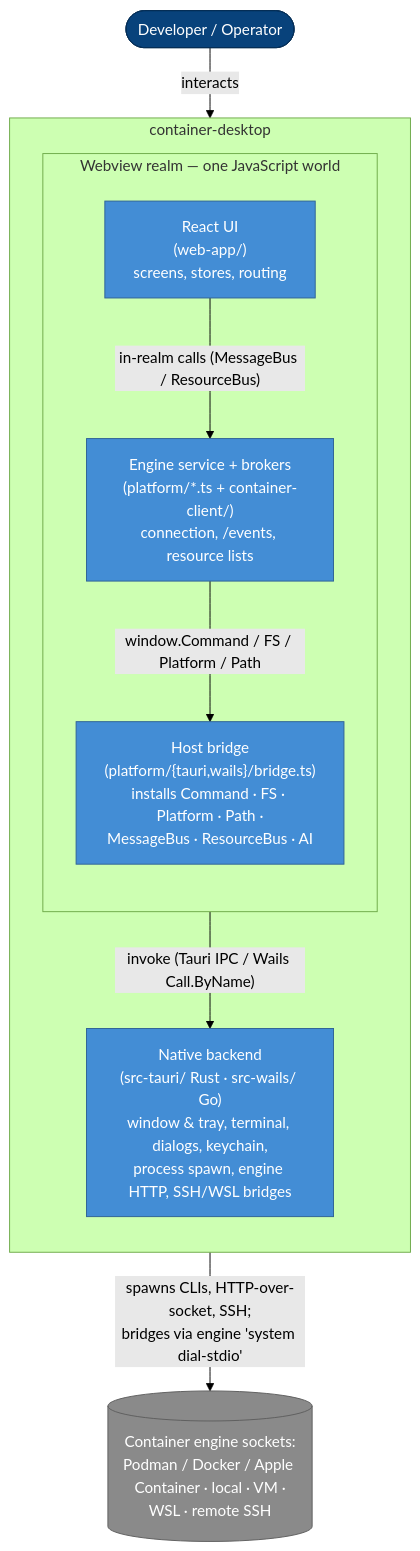
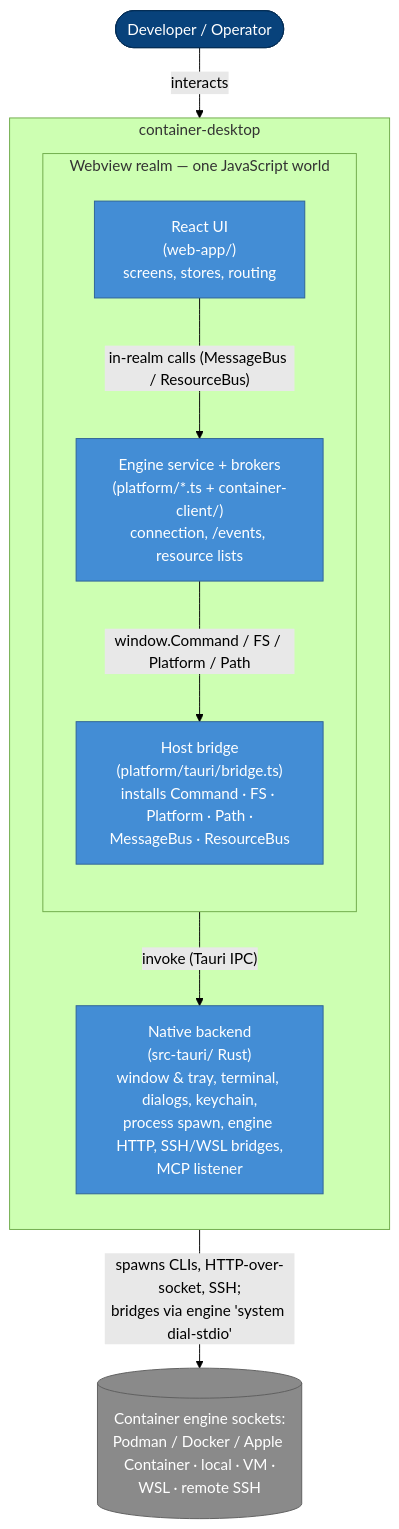
One commit to iongion/container-desktop changed the second of 2 diagrams in docs/architecture/overview.md. Above: the diagram before and after it, drawn with Mermaid (forest theme). The commit also changed other lines of this file and 34 other files, not shown here.

Commit message:
docs: an MCP server instead of the assistant; Tauri is the only shell

````diff
--- a/docs/architecture/overview.md
+++ b/docs/architecture/overview.md
@@ -59,29 +58,29 @@
 ```mermaid
 flowchart TB
   dev([Developer / Operator]):::person
 
   subgraph app[container-desktop]
     direction TB
 
     subgraph realm[Webview realm — one JavaScript world]
       direction TB
       web["React UI<br/>(web-app/)<br/>screens, stores, routing"]:::container
       svc["Engine service + brokers<br/>(platform/*.ts + container-client/)<br/>connection, /events, resource lists"]:::container
-      bridge["Host bridge<br/>(platform/{tauri,wails}/bridge.ts)<br/>installs Command · FS · Platform · Path ·<br/>MessageBus · ResourceBus · AI"]:::container
+      bridge["Host bridge<br/>(platform/tauri/bridge.ts)<br/>installs Command · FS · Platform · Path ·<br/>MessageBus · ResourceBus"]:::container
     end
 
-    native["Native backend<br/>(src-tauri/ Rust · src-wails/ Go)<br/>window &amp; tray, terminal, dialogs, keychain,<br/>process spawn, engine HTTP, SSH/WSL bridges"]:::container
+    native["Native backend<br/>(src-tauri/ Rust)<br/>window &amp; tray, terminal, dialogs, keychain,<br/>process spawn, engine HTTP, SSH/WSL bridges,<br/>MCP listener"]:::container
   end
 
   engines[(Container engine sockets:<br/>Podman / Docker / Apple Container · local · VM ·<br/>WSL · remote SSH)]:::external
 
   dev -->|interacts| web
   web -->|"in-realm calls (MessageBus / ResourceBus)"| svc
   svc -->|"window.Command / FS / Platform / Path"| bridge
-  bridge -->|"invoke (Tauri IPC / Wails Call.ByName)"| native
+  bridge -->|"invoke (Tauri IPC)"| native
   native -->|"spawns CLIs, HTTP-over-socket, SSH;<br/>bridges via engine 'system dial-stdio'"| engines
 
   classDef person fill:#08427b,color:#fff,stroke:#052e56;
   classDef container fill:#438dd5,color:#fff,stroke:#2e6295;
   classDef external fill:#8a8a8a,color:#fff,stroke:#5e5e5e;
 ```
````
